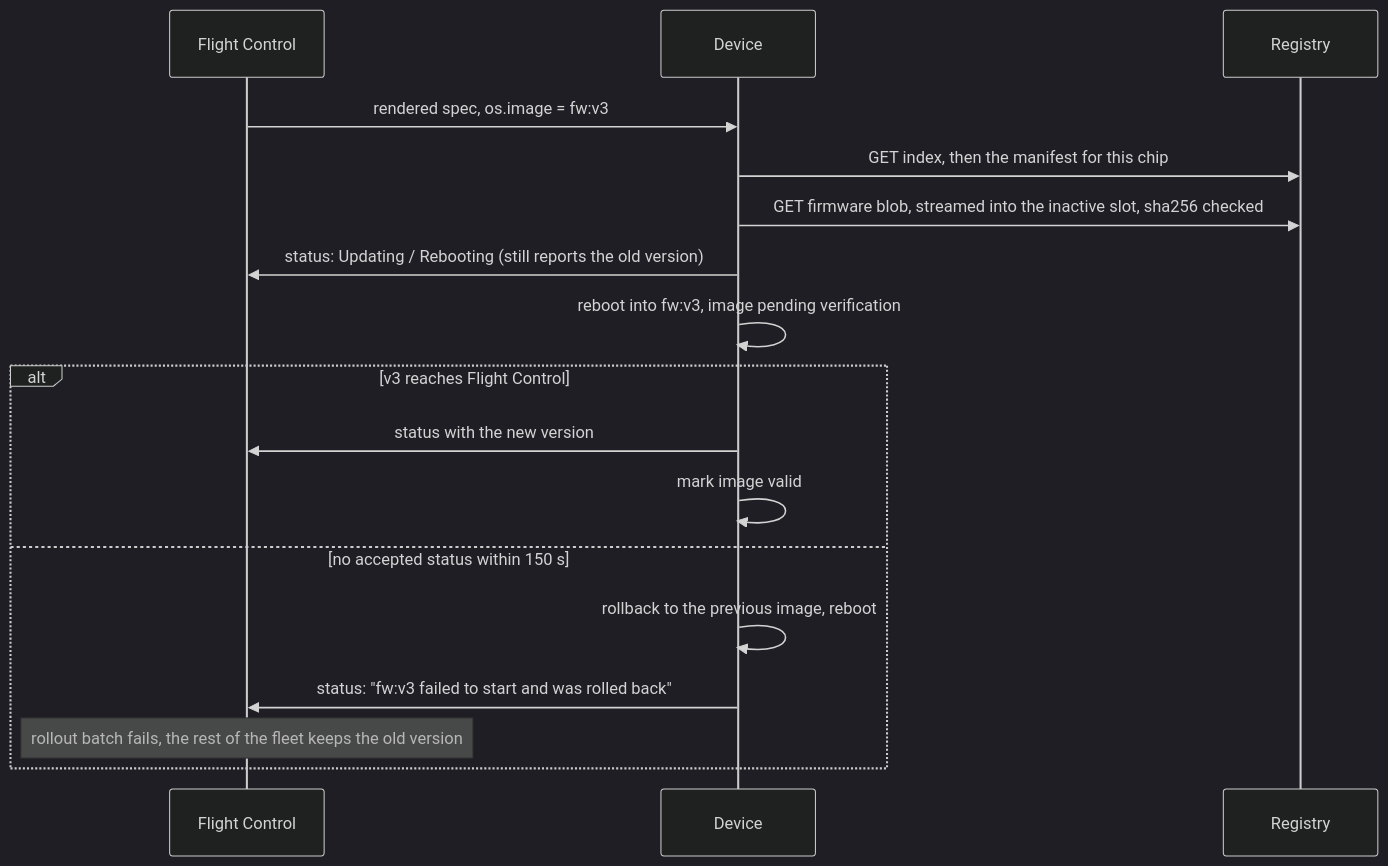
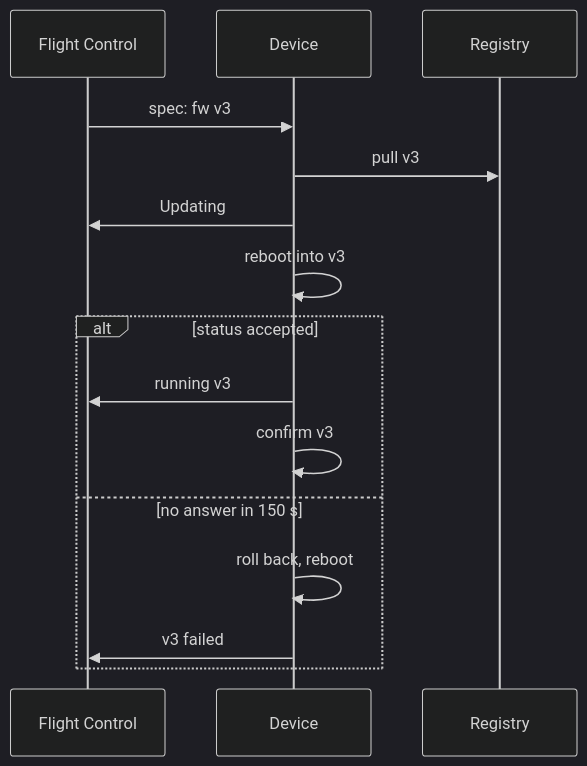
One commit to francescopace/flightctl-mcu changed the third of 3 diagrams in README.md. Above: the diagram before and after it, drawn with Mermaid (dark theme). The commit also changed other lines of this file and 7 other files, not shown here.

````diff
--- a/README.md
+++ b/README.md
@@ -88,19 +69,17 @@
 ```mermaid
 sequenceDiagram
   participant FC as Flight Control
   participant D as Device
   participant R as Registry
-  FC->>D: rendered spec, os.image = fw:v3
-  D->>R: GET index, then the manifest for this chip
-  D->>R: GET firmware blob, streamed into the inactive slot, sha256 checked
-  D->>FC: status: Updating / Rebooting (still reports the old version)
-  D->>D: reboot into fw:v3, image pending verification
-  alt v3 reaches Flight Control
-    D->>FC: status with the new version
-    D->>D: mark image valid
-  else no accepted status within 150 s
-    D->>D: rollback to the previous image, reboot
-    D->>FC: status: "fw:v3 failed to start and was rolled back"
-    Note over FC: rollout batch fails, the rest of the fleet keeps the old version
+  FC->>D: spec: fw v3
+  D->>R: pull v3
+  D->>FC: Updating
+  D->>D: reboot into v3
+  alt status accepted
+    D->>FC: running v3
+    D->>D: confirm v3
+  else no answer in 150 s
+    D->>D: roll back, reboot
+    D->>FC: v3 failed
   end
 ```
````
